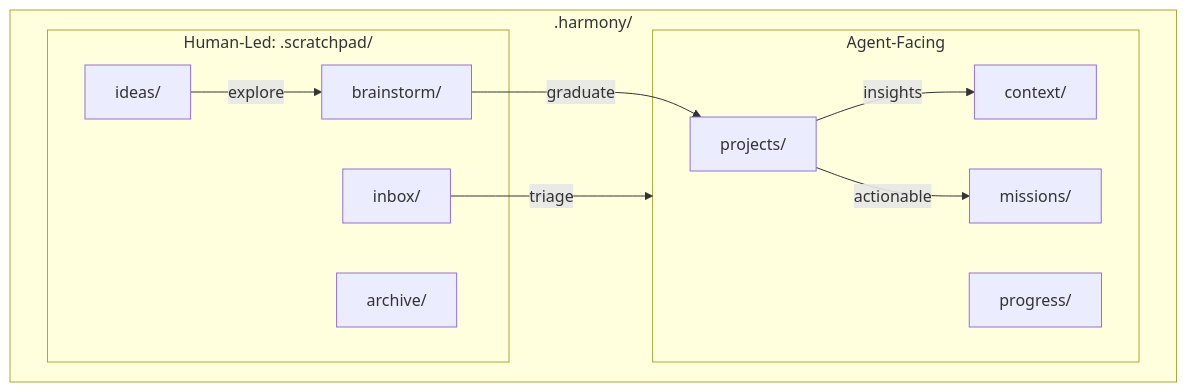
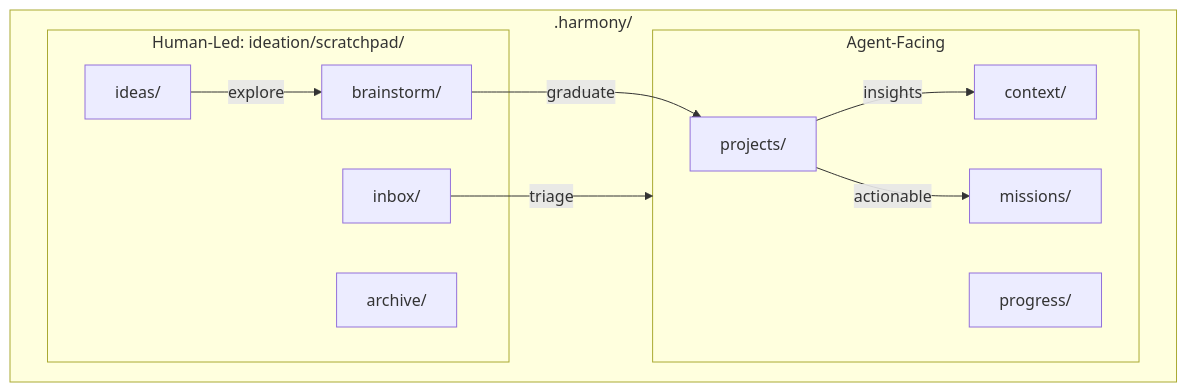
Before and after one commit to jamesryancooper/octon: the third of 3 diagrams in docs/architecture/workspaces/scratchpad.md, drawn with Mermaid. The commit also changed other lines of this file and 31 other files, not shown here.

````diff
--- a/docs/architecture/workspaces/scratchpad.md
+++ b/docs/architecture/workspaces/scratchpad.md
@@ -242,24 +242,24 @@
 ```mermaid
 graph TB
     subgraph workspace [.harmony/]
         subgraph agent_facing [Agent-Facing]
             projects[projects/]
             context[context/]
             progress[progress/]
             missions[missions/]
         end
 
-        subgraph human_led [Human-Led: .scratchpad/]
+        subgraph human_led [Human-Led: ideation/scratchpad/]
             brainstorm[brainstorm/]
             ideas[ideas/]
             inbox[inbox/]
             archive[archive/]
         end
     end
 
     ideas -->|explore| brainstorm
     brainstorm -->|graduate| projects
     projects -->|insights| context
     projects -->|actionable| missions
     inbox -->|triage| agent_facing
 ```
````
